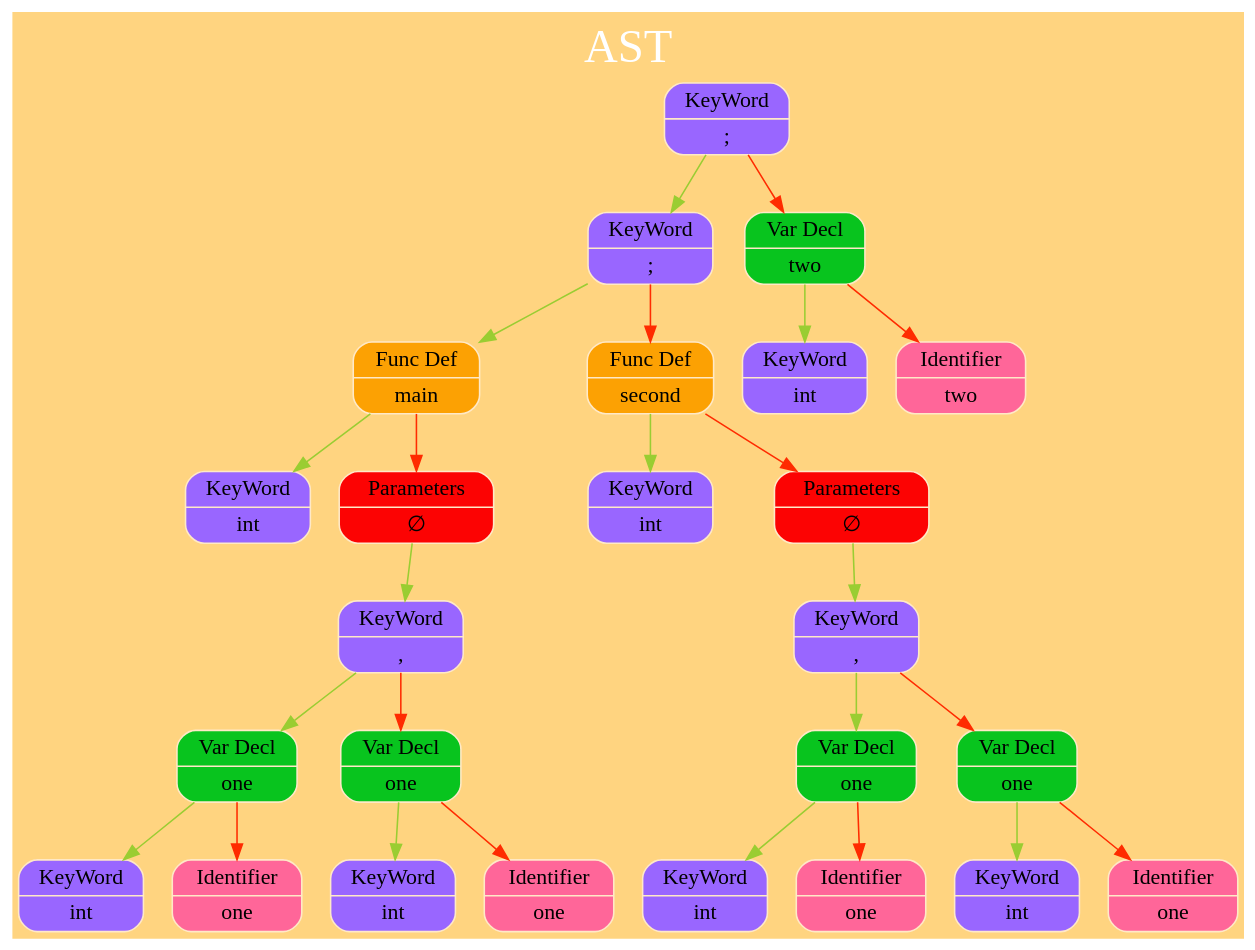
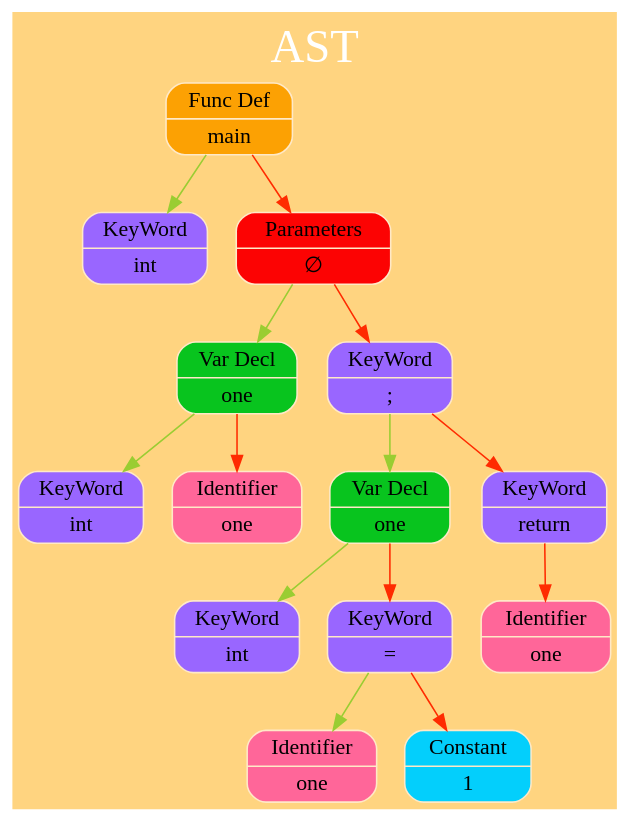
One commit to kand1bober/OOSD-Language changed the diagram in Tree/dump/TreeGraph.dot. Above: the diagram before and after it, drawn with Graphviz. The commit also changed 9 other files, not shown here.

```diff
--- a/Tree/dump/TreeGraph.dot
+++ b/Tree/dump/TreeGraph.dot
@@ -1,36 +1,25 @@
 digraph G
 {
 charset="latin1";
 label="AST";
 labelloc="t";
 fontsize=30
 fontname="Verdana";
 fontcolor="#FFFFFF"
 
 rankdir=TB;size="200,300";bgcolor="#ffd480";
- node_0x504000000890 [shape=record,style="rounded,filled",fillcolor="#9966FF",color="#FFE9C7",label=" { { KeyWord } | { &#x3B; } } " ]; node_0x504000000890 -> node_0x5040000005d0 [color = "#9ACD32", arrowsize = 1] ;
- node_0x5040000005d0 [shape=record,style="rounded,filled",fillcolor="#9966FF",color="#FFE9C7",label=" { { KeyWord } | { &#x3B; } } " ]; node_0x5040000005d0 -> node_0x504000000390 [color = "#9ACD32", arrowsize = 1] ;
- node_0x504000000390 [shape=record,style="rounded,filled",fillcolor="#fca103",color="#FFE9C7",label=" { { Func Def } | { main } } " ]; node_0x504000000390 -> node_0x504000000350 [color = "#9ACD32", arrowsize = 1] ;
- node_0x504000000350 [shape=record,style="rounded,filled",fillcolor="#9966FF",color="#FFE9C7",label=" { { KeyWord } | { int } } " ]; node_0x504000000390 -> node_0x5040000003d0 [color = "#FF2B00", arrowsize = 1] ;
- node_0x5040000003d0 [shape=record,style="rounded,filled",fillcolor="#fc0303",color="#FFE9C7",label=" { { Parameters } | { &#8709; } } " ]; node_0x5040000003d0 -> node_0x5040000004d0 [color = "#9ACD32", arrowsize = 1] ;
- node_0x5040000004d0 [shape=record,style="rounded,filled",fillcolor="#9966FF",color="#FFE9C7",label=" { { KeyWord } | { &#x2C; } } " ]; node_0x5040000004d0 -> node_0x504000000490 [color = "#9ACD32", arrowsize = 1] ;
- node_0x504000000490 [shape=record,style="rounded,filled",fillcolor="#08c41e",color="#FFE9C7",label=" { { Var Decl } | { one } } " ]; node_0x504000000490 -> node_0x504000000410 [color = "#9ACD32", arrowsize = 1] ;
- node_0x504000000410 [shape=record,style="rounded,filled",fillcolor="#9966FF",color="#FFE9C7",label=" { { KeyWord } | { int } } " ]; node_0x504000000490 -> node_0x504000000450 [color = "#FF2B00", arrowsize = 1] ;
- node_0x504000000450 [shape=record,style="rounded,filled",fillcolor="#ff6699",color="#FFE9C7",label=" { { Identifier } | { one } } " ]; node_0x5040000004d0 -> node_0x504000000590 [color = "#FF2B00", arrowsize = 1] ;
- node_0x504000000590 [shape=record,style="rounded,filled",fillcolor="#08c41e",color="#FFE9C7",label=" { { Var Decl } | { one } } " ]; node_0x504000000590 -> node_0x504000000510 [color = "#9ACD32", arrowsize = 1] ;
- node_0x504000000510 [shape=record,style="rounded,filled",fillcolor="#9966FF",color="#FFE9C7",label=" { { KeyWord } | { int } } " ]; node_0x504000000590 -> node_0x504000000550 [color = "#FF2B00", arrowsize = 1] ;
- node_0x504000000550 [shape=record,style="rounded,filled",fillcolor="#ff6699",color="#FFE9C7",label=" { { Identifier } | { one } } " ]; node_0x5040000005d0 -> node_0x504000000650 [color = "#FF2B00", arrowsize = 1] ;
- node_0x504000000650 [shape=record,style="rounded,filled",fillcolor="#fca103",color="#FFE9C7",label=" { { Func Def } | { second } } " ]; node_0x504000000650 -> node_0x504000000610 [color = "#9ACD32", arrowsize = 1] ;
- node_0x504000000610 [shape=record,style="rounded,filled",fillcolor="#9966FF",color="#FFE9C7",label=" { { KeyWord } | { int } } " ]; node_0x504000000650 -> node_0x504000000690 [color = "#FF2B00", arrowsize = 1] ;
- node_0x504000000690 [shape=record,style="rounded,filled",fillcolor="#fc0303",color="#FFE9C7",label=" { { Parameters } | { &#8709; } } " ]; node_0x504000000690 -> node_0x504000000790 [color = "#9ACD32", arrowsize = 1] ;
- node_0x504000000790 [shape=record,style="rounded,filled",fillcolor="#9966FF",color="#FFE9C7",label=" { { KeyWord } | { &#x2C; } } " ]; node_0x504000000790 -> node_0x504000000750 [color = "#9ACD32", arrowsize = 1] ;
- node_0x504000000750 [shape=record,style="rounded,filled",fillcolor="#08c41e",color="#FFE9C7",label=" { { Var Decl } | { one } } " ]; node_0x504000000750 -> node_0x5040000006d0 [color = "#9ACD32", arrowsize = 1] ;
- node_0x5040000006d0 [shape=record,style="rounded,filled",fillcolor="#9966FF",color="#FFE9C7",label=" { { KeyWord } | { int } } " ]; node_0x504000000750 -> node_0x504000000710 [color = "#FF2B00", arrowsize = 1] ;
- node_0x504000000710 [shape=record,style="rounded,filled",fillcolor="#ff6699",color="#FFE9C7",label=" { { Identifier } | { one } } " ]; node_0x504000000790 -> node_0x504000000850 [color = "#FF2B00", arrowsize = 1] ;
- node_0x504000000850 [shape=record,style="rounded,filled",fillcolor="#08c41e",color="#FFE9C7",label=" { { Var Decl } | { one } } " ]; node_0x504000000850 -> node_0x5040000007d0 [color = "#9ACD32", arrowsize = 1] ;
- node_0x5040000007d0 [shape=record,style="rounded,filled",fillcolor="#9966FF",color="#FFE9C7",label=" { { KeyWord } | { int } } " ]; node_0x504000000850 -> node_0x504000000810 [color = "#FF2B00", arrowsize = 1] ;
- node_0x504000000810 [shape=record,style="rounded,filled",fillcolor="#ff6699",color="#FFE9C7",label=" { { Identifier } | { one } } " ]; node_0x504000000890 -> node_0x504000000950 [color = "#FF2B00", arrowsize = 1] ;
- node_0x504000000950 [shape=record,style="rounded,filled",fillcolor="#08c41e",color="#FFE9C7",label=" { { Var Decl } | { two } } " ]; node_0x504000000950 -> node_0x5040000008d0 [color = "#9ACD32", arrowsize = 1] ;
- node_0x5040000008d0 [shape=record,style="rounded,filled",fillcolor="#9966FF",color="#FFE9C7",label=" { { KeyWord } | { int } } " ]; node_0x504000000950 -> node_0x504000000910 [color = "#FF2B00", arrowsize = 1] ;
- node_0x504000000910 [shape=record,style="rounded,filled",fillcolor="#ff6699",color="#FFE9C7",label=" { { Identifier } | { two } } " ]; 
+ node_0x504000000310 [shape=record,style="rounded,filled",fillcolor="#fca103",color="#FFE9C7",label=" { { Func Def } | { main } } " ]; node_0x504000000310 -> node_0x5040000002d0 [color = "#9ACD32", arrowsize = 1] ;
+ node_0x5040000002d0 [shape=record,style="rounded,filled",fillcolor="#9966FF",color="#FFE9C7",label=" { { KeyWord } | { int } } " ]; node_0x504000000310 -> node_0x504000000350 [color = "#FF2B00", arrowsize = 1] ;
+ node_0x504000000350 [shape=record,style="rounded,filled",fillcolor="#fc0303",color="#FFE9C7",label=" { { Parameters } | { &#8709; } } " ]; node_0x504000000350 -> node_0x504000000410 [color = "#9ACD32", arrowsize = 1] ;
+ node_0x504000000410 [shape=record,style="rounded,filled",fillcolor="#08c41e",color="#FFE9C7",label=" { { Var Decl } | { one } } " ]; node_0x504000000410 -> node_0x504000000390 [color = "#9ACD32", arrowsize = 1] ;
+ node_0x504000000390 [shape=record,style="rounded,filled",fillcolor="#9966FF",color="#FFE9C7",label=" { { KeyWord } | { int } } " ]; node_0x504000000410 -> node_0x5040000003d0 [color = "#FF2B00", arrowsize = 1] ;
+ node_0x5040000003d0 [shape=record,style="rounded,filled",fillcolor="#ff6699",color="#FFE9C7",label=" { { Identifier } | { one } } " ]; node_0x504000000350 -> node_0x504000000450 [color = "#FF2B00", arrowsize = 1] ;
+ node_0x504000000450 [shape=record,style="rounded,filled",fillcolor="#9966FF",color="#FFE9C7",label=" { { KeyWord } | { &#x3B; } } " ]; node_0x504000000450 -> node_0x504000000510 [color = "#9ACD32", arrowsize = 1] ;
+ node_0x504000000510 [shape=record,style="rounded,filled",fillcolor="#08c41e",color="#FFE9C7",label=" { { Var Decl } | { one } } " ]; node_0x504000000510 -> node_0x504000000490 [color = "#9ACD32", arrowsize = 1] ;
+ node_0x504000000490 [shape=record,style="rounded,filled",fillcolor="#9966FF",color="#FFE9C7",label=" { { KeyWord } | { int } } " ]; node_0x504000000510 -> node_0x504000000550 [color = "#FF2B00", arrowsize = 1] ;
+ node_0x504000000550 [shape=record,style="rounded,filled",fillcolor="#9966FF",color="#FFE9C7",label=" { { KeyWord } | { &#x3D; } } " ]; node_0x504000000550 -> node_0x5040000004d0 [color = "#9ACD32", arrowsize = 1] ;
+ node_0x5040000004d0 [shape=record,style="rounded,filled",fillcolor="#ff6699",color="#FFE9C7",label=" { { Identifier } | { one } } " ]; node_0x504000000550 -> node_0x504000000590 [color = "#FF2B00", arrowsize = 1] ;
+ node_0x504000000590 [shape=record,style="rounded,filled",fillcolor="#03cffc",color="#FFE9C7",label=" { { Constant } | { 1 } } " ]; node_0x504000000450 -> node_0x5040000005d0 [color = "#FF2B00", arrowsize = 1] ;
+ node_0x5040000005d0 [shape=record,style="rounded,filled",fillcolor="#9966FF",color="#FFE9C7",label=" { { KeyWord } | { return } } " ]; node_0x5040000005d0 -> node_0x504000000610 [color = "#FF2B00", arrowsize = 1] ;
+ node_0x504000000610 [shape=record,style="rounded,filled",fillcolor="#ff6699",color="#FFE9C7",label=" { { Identifier } | { one } } " ]; 
 }
```
